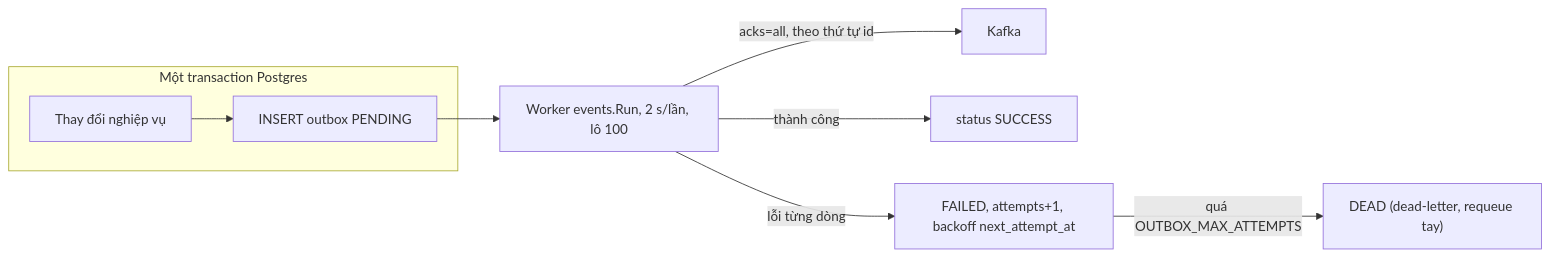
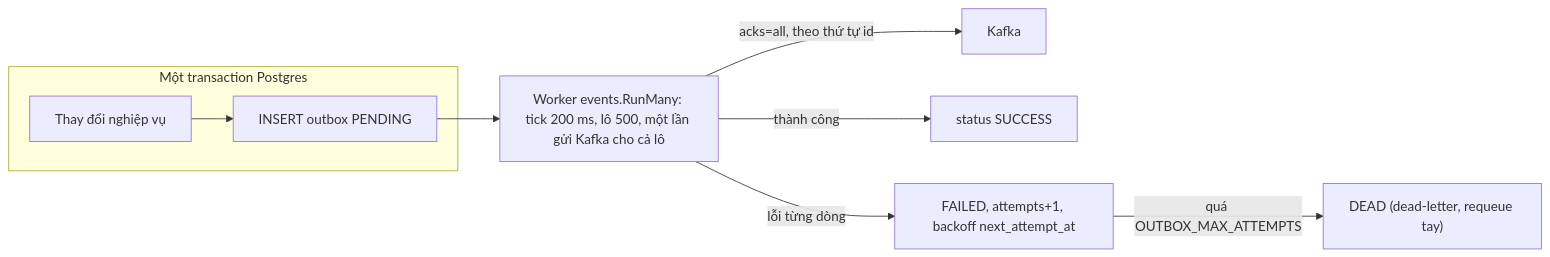
The seventh of 9 diagrams in docs/design/02_DATA_MODEL.md (khoatran18/mini-marketplace), drawn with Mermaid before and after one commit. The commit also changed 31 other files, not shown here.

````diff
--- a/docs/design/02_DATA_MODEL.md
+++ b/docs/design/02_DATA_MODEL.md
@@ -282,13 +282,13 @@
 ```mermaid
 flowchart LR
   subgraph TX["Một transaction Postgres"]
     B["Thay đổi nghiệp vụ"]
     E["INSERT outbox PENDING"]
   end
   B --> E
-  E --> W["Worker events.Run, 2 s/lần, lô 100"]
+  E --> W["Worker events.RunMany: tick 200 ms, lô 500, một lần gửi Kafka cho cả lô"]
   W -->|"acks=all, theo thứ tự id"| K["Kafka"]
   W -->|"thành công"| S["status SUCCESS"]
   W -->|"lỗi từng dòng"| F["FAILED, attempts+1, backoff next_attempt_at"]
   F -->|"quá OUTBOX_MAX_ATTEMPTS"| D["DEAD (dead-letter, requeue tay)"]
 ```
````
